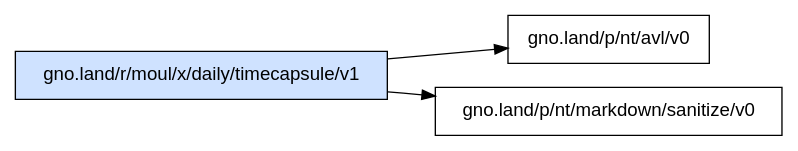
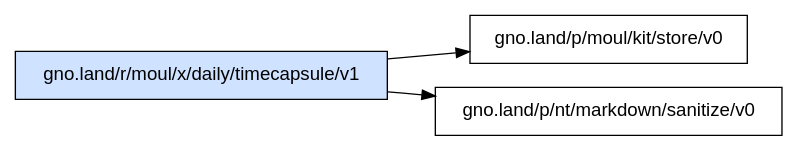
One commit to moul/gno-contracts changed the diagram in _assets/gno.land/r/moul/x/daily/timecapsule/v1/deps.dot. Above: the diagram before and after it, drawn with Graphviz. The commit also changed 55 other files, not shown here.

Commit message:
chore: regenerate catalog, graphs and on-chain status [skip ci]

```diff
--- a/_assets/gno.land/r/moul/x/daily/timecapsule/v1/deps.dot
+++ b/_assets/gno.land/r/moul/x/daily/timecapsule/v1/deps.dot
@@ -1,7 +1,7 @@
 digraph deps {
   rankdir=LR;
   node [shape=box, fontname="sans-serif"];
   "gno.land/r/moul/x/daily/timecapsule/v1" [style=filled, fillcolor="#cfe2ff"];
-  "gno.land/r/moul/x/daily/timecapsule/v1" -> "gno.land/p/nt/avl/v0";
+  "gno.land/r/moul/x/daily/timecapsule/v1" -> "gno.land/p/moul/kit/store/v0";
   "gno.land/r/moul/x/daily/timecapsule/v1" -> "gno.land/p/nt/markdown/sanitize/v0";
 }
```
